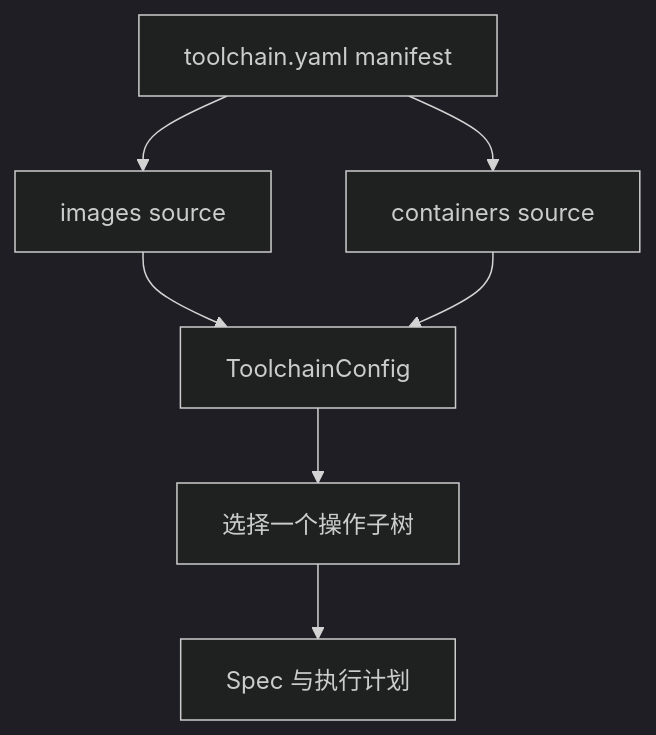
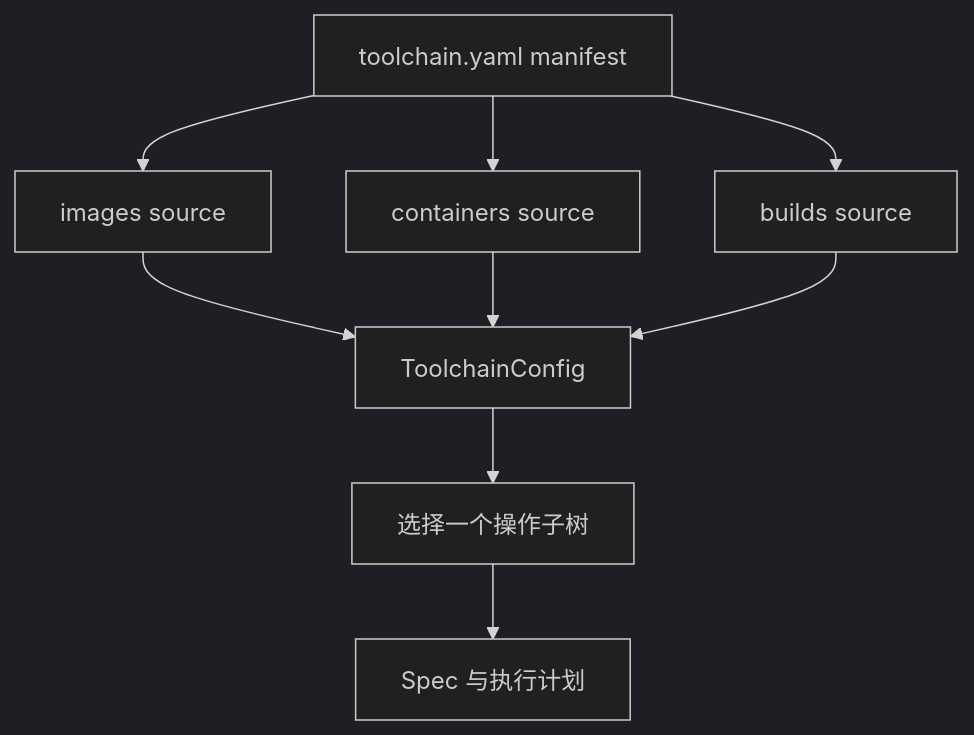
The first of 2 diagrams in docs/architecture.md (zz990099/Rigyard), drawn with Mermaid (dark theme) before and after one commit. The commit also changed other lines of this file and 31 other files, not shown here.

````diff
--- a/docs/architecture.md
+++ b/docs/architecture.md
@@ -7,9 +7,11 @@
 ```mermaid
 flowchart TD
     A[toolchain.yaml manifest] --> B[images source]
     A --> C[containers source]
+    A --> G[builds source]
     B --> D[ToolchainConfig]
     C --> D
+    G --> D
     D --> E[选择一个操作子树]
     E --> F[Spec 与执行计划]
 ```
````
